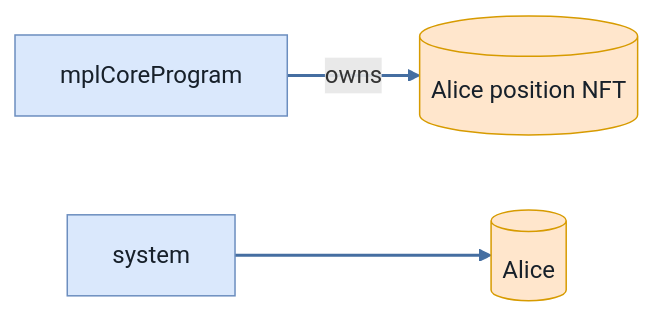
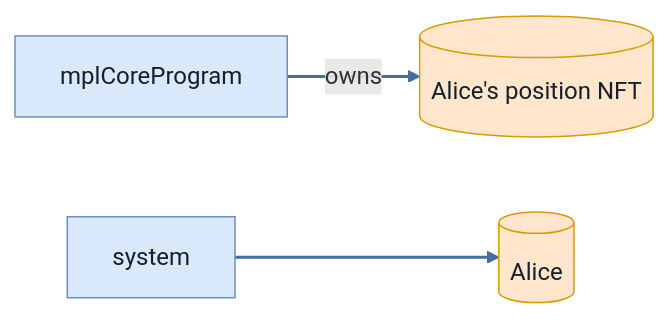
Diagram 15 of 36 in babelfish-tests/test-report/full_lifecycle.md (cds-turbin3/vesting-position), drawn with Mermaid before and after one commit. The commit also changed other lines of this file and 104 other files, not shown here.

````diff
--- a/babelfish-tests/test-report/full_lifecycle.md
+++ b/babelfish-tests/test-report/full_lifecycle.md
@@ -738,13 +738,13 @@
 ```mermaid
 flowchart LR
     mplCoreProgram["mplCoreProgram"]:::program
-    AlicepositionNFT[("Alice position NFT")]:::state
+    AlicespositionNFT[("Alice's position NFT")]:::state
     system["system"]:::program
     Alice[("Alice")]:::state
-    mplCoreProgram -->|owns| AlicepositionNFT
+    mplCoreProgram -->|owns| AlicespositionNFT
     system --> Alice
     classDef program fill:#dae8fc,stroke:#6c8ebf,color:#17202a;
     classDef signer fill:#d5e8d4,stroke:#82b366,color:#17202a;
     classDef state fill:#ffe6cc,stroke:#d79b00,color:#17202a;
     linkStyle 0,1 stroke:#456ea1,stroke-width:2px
 ```
````
